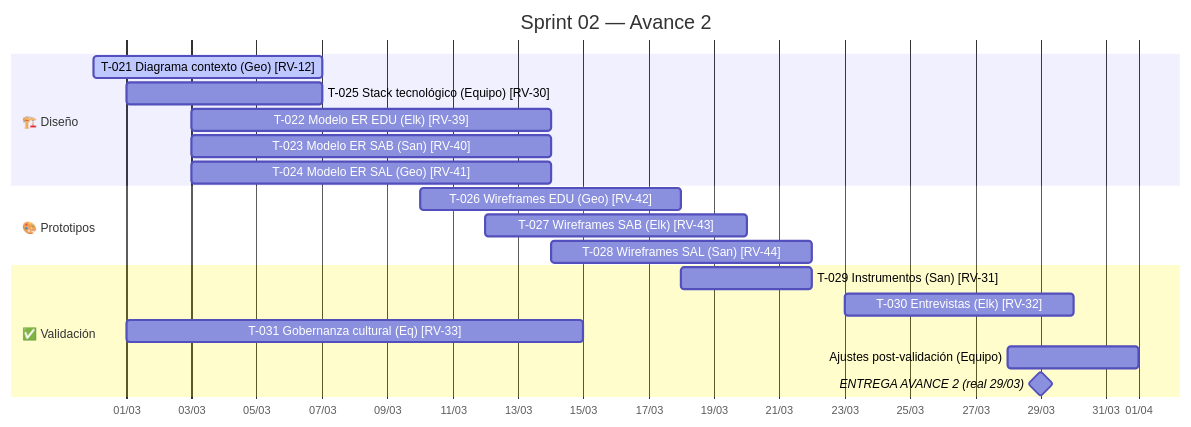
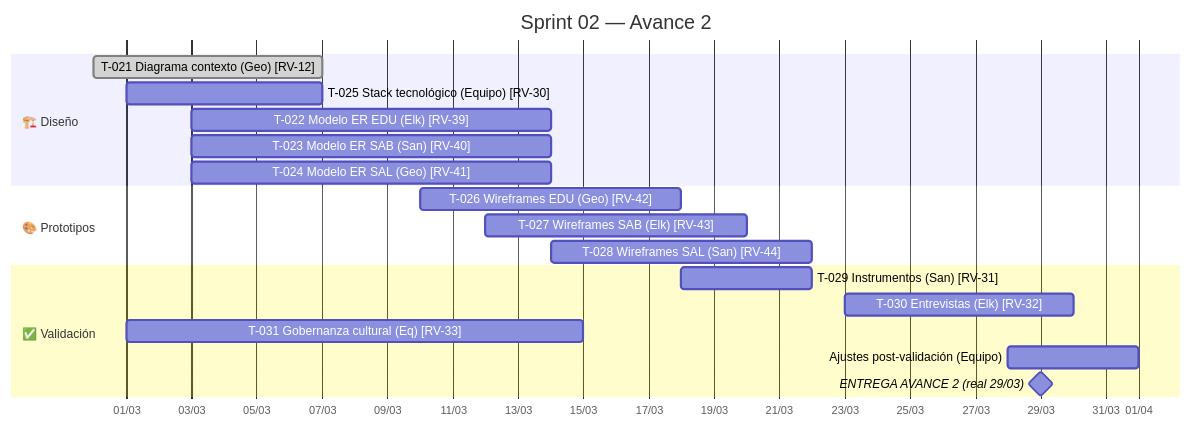
Before and after one commit to yonrasgg/RAICES_VIVAS: the first of 2 diagrams in 05-Sprints/Sprint-02/Sprint-02-Planning.md, drawn with Mermaid. The commit also changed 8 other files, not shown here.

````diff
--- a/05-Sprints/Sprint-02/Sprint-02-Planning.md
+++ b/05-Sprints/Sprint-02/Sprint-02-Planning.md
@@ -40,26 +40,26 @@
 ```mermaid
 gantt
     title Sprint 02 — Avance 2
     dateFormat YYYY-MM-DD
     axisFormat %d/%m
     todayMarker stroke-width:3px,stroke:#f66,opacity:0.8
 
     section 🏗️ Diseño
-    T-021 Diagrama contexto (Geo) [RV-12]  :active, t21, 2026-02-28, 2026-03-07
+    T-021 Diagrama contexto (Geo) [RV-12]  :done, t21, 2026-02-28, 2026-03-07
     T-025 Stack tecnológico (Equipo) [RV-30]:        t25, 2026-03-01, 2026-03-07
     T-022 Modelo ER EDU (Elk) [RV-39]      :        t22, 2026-03-03, 2026-03-14
     T-023 Modelo ER SAB (San) [RV-40]      :        t23, 2026-03-03, 2026-03-14
     T-024 Modelo ER SAL (Geo) [RV-41]      :        t24, 2026-03-03, 2026-03-14
 
     section 🎨 Prototipos
     T-026 Wireframes EDU (Geo) [RV-42]     :        t26, 2026-03-10, 2026-03-18
     T-027 Wireframes SAB (Elk) [RV-43]     :        t27, 2026-03-12, 2026-03-20
     T-028 Wireframes SAL (San) [RV-44]     :        t28, 2026-03-14, 2026-03-22
 
     section ✅ Validación
     T-029 Instrumentos (San) [RV-31]       :        t29, 2026-03-18, 2026-03-22
     T-030 Entrevistas (Elk) [RV-32]        :        t30, 2026-03-23, 2026-03-30
     T-031 Gobernanza cultural (Eq) [RV-33] :        t31, 2026-03-01, 2026-03-15
     Ajustes post-validación (Equipo)   :        v3, 2026-03-28, 2026-04-01
     ENTREGA AVANCE 2 (real 29/03)  :milestone, m2, 2026-03-29, 0d
 ```
````
